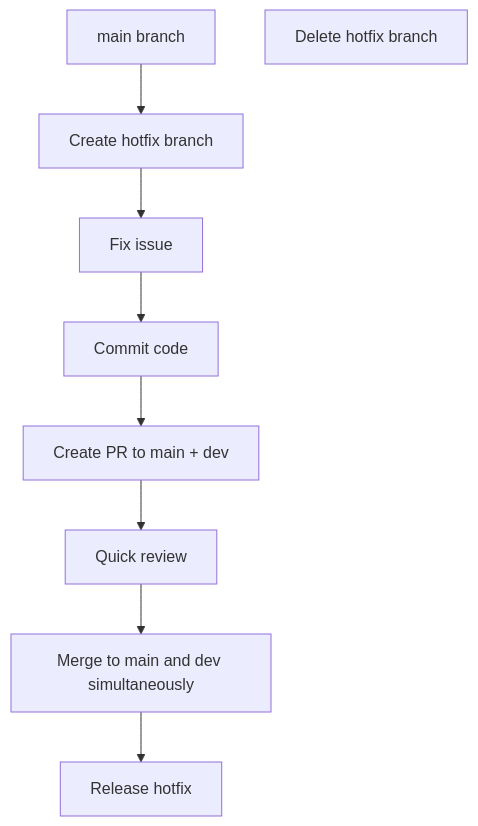
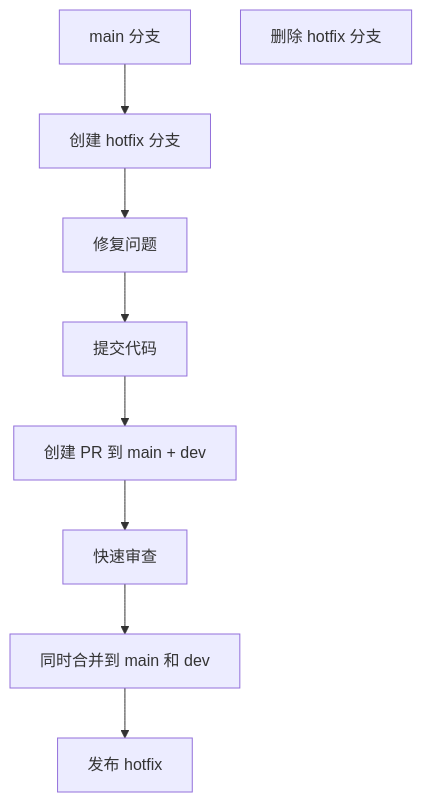
Before and after one commit to ChenXu233/YaoXiang: the second of 3 diagrams in docs/src/en/dev/branch-maintenance-guide.md, drawn with Mermaid. The commit also changed other lines of this file and 5 other files, not shown here.

````diff
--- a/docs/src/en/dev/branch-maintenance-guide.md
+++ b/docs/src/en/dev/branch-maintenance-guide.md
@@ -168,11 +168,11 @@
 ```mermaid
 graph TD
-    A[main branch] --> B[Create hotfix branch]
-    B --> C[Fix issue]
-    C --> D[Commit code]
-    D --> E[Create PR to main + dev]
-    E --> F[Quick review]
-    F --> G[Merge to main and dev simultaneously]
-    G --> H[Release hotfix]
-    I[Delete hotfix branch]
+    A[main 分支] --> B[创建 hotfix 分支]
+    B --> C[修复问题]
+    C --> D[提交代码]
+    D --> E[创建 PR 到 main + dev]
+    E --> F[快速审查]
+    F --> G[同时合并到 main 和 dev]
+    G --> H[发布 hotfix]
+    I[删除 hotfix 分支]
 ```
````
